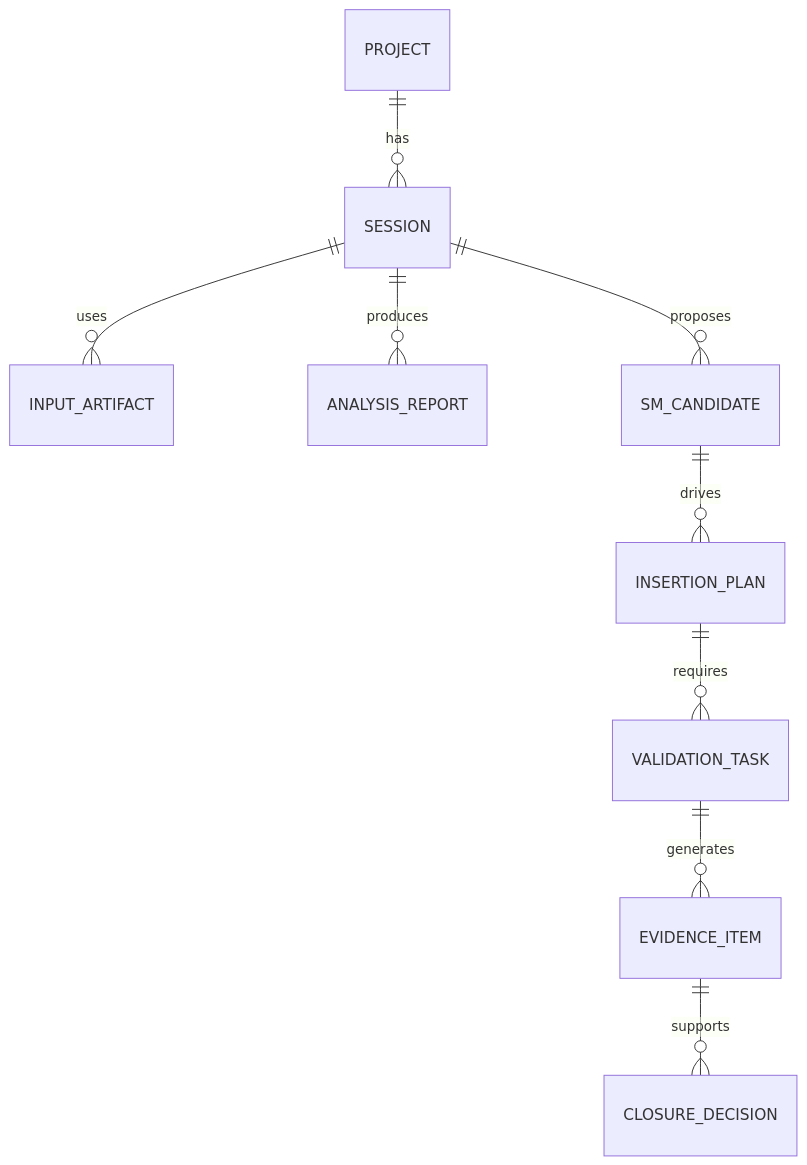
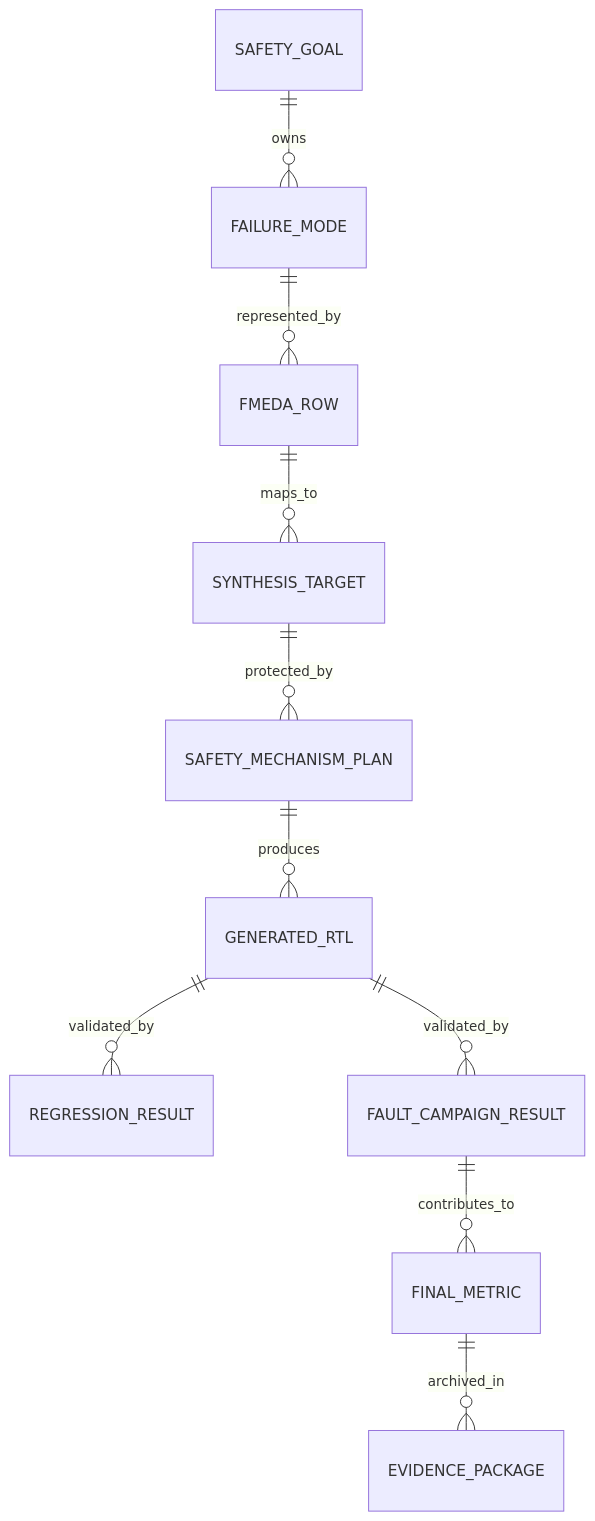
Before and after one commit to qiqixixi1001/automotive-safeic-practice: the sixth of 10 diagrams in articles/D21_safety_synthesis_readiness_github.md, drawn with Mermaid. The commit also changed other lines of this file, not shown here.

````diff
--- a/articles/D21_safety_synthesis_readiness_github.md
+++ b/articles/D21_safety_synthesis_readiness_github.md
@@ -414,11 +459,12 @@
 ```mermaid
 erDiagram
-    PROJECT ||--o{ SESSION : has
-    SESSION ||--o{ INPUT_ARTIFACT : uses
-    SESSION ||--o{ ANALYSIS_REPORT : produces
-    SESSION ||--o{ SM_CANDIDATE : proposes
-    SM_CANDIDATE ||--o{ INSERTION_PLAN : drives
-    INSERTION_PLAN ||--o{ VALIDATION_TASK : requires
-    VALIDATION_TASK ||--o{ EVIDENCE_ITEM : generates
-    EVIDENCE_ITEM ||--o{ CLOSURE_DECISION : supports
+    SAFETY_GOAL ||--o{ FAILURE_MODE : owns
+    FAILURE_MODE ||--o{ FMEDA_ROW : represented_by
+    FMEDA_ROW ||--o{ SYNTHESIS_TARGET : maps_to
+    SYNTHESIS_TARGET ||--o{ SAFETY_MECHANISM_PLAN : protected_by
+    SAFETY_MECHANISM_PLAN ||--o{ GENERATED_RTL : produces
+    GENERATED_RTL ||--o{ REGRESSION_RESULT : validated_by
+    GENERATED_RTL ||--o{ FAULT_CAMPAIGN_RESULT : validated_by
+    FAULT_CAMPAIGN_RESULT ||--o{ FINAL_METRIC : contributes_to
+    FINAL_METRIC ||--o{ EVIDENCE_PACKAGE : archived_in
 ```
````
